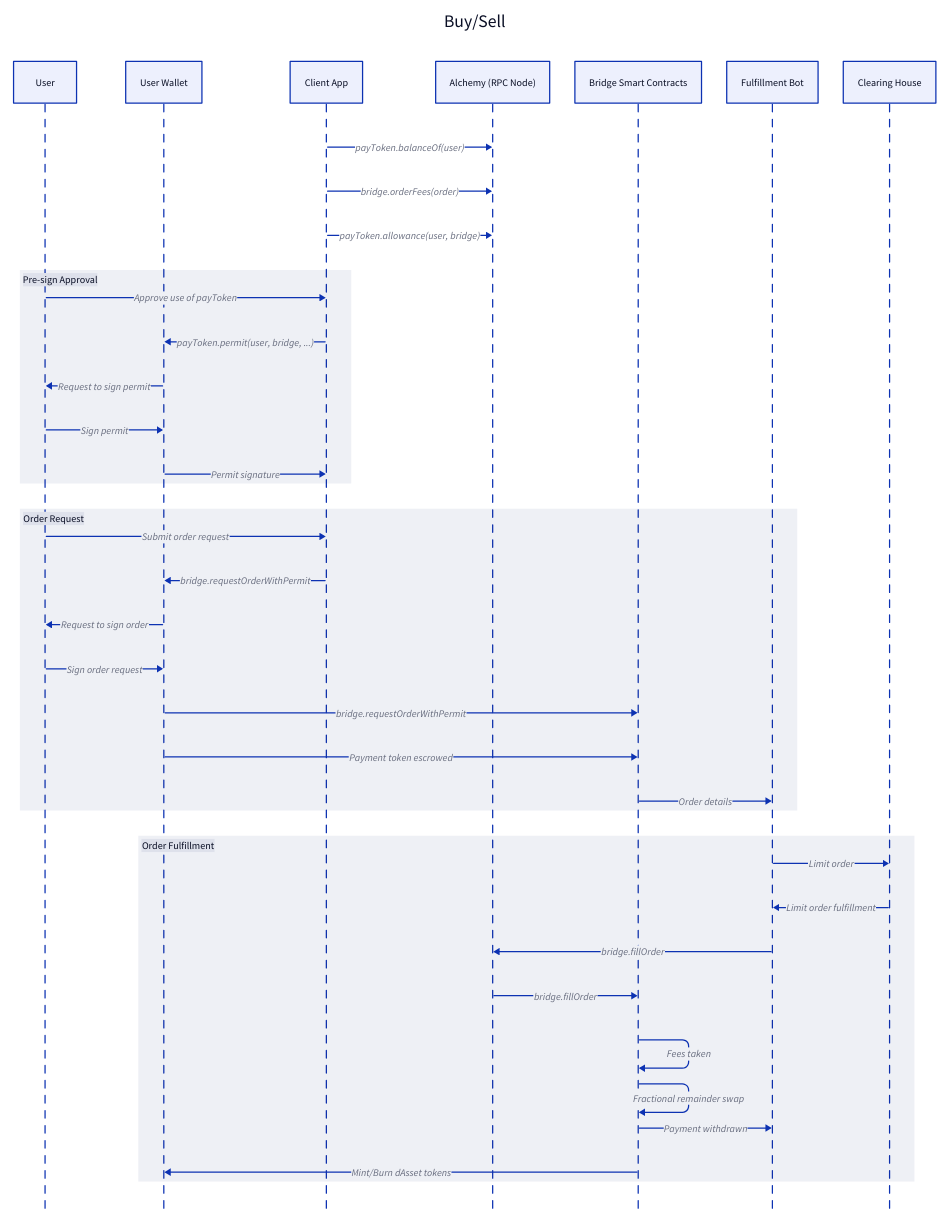
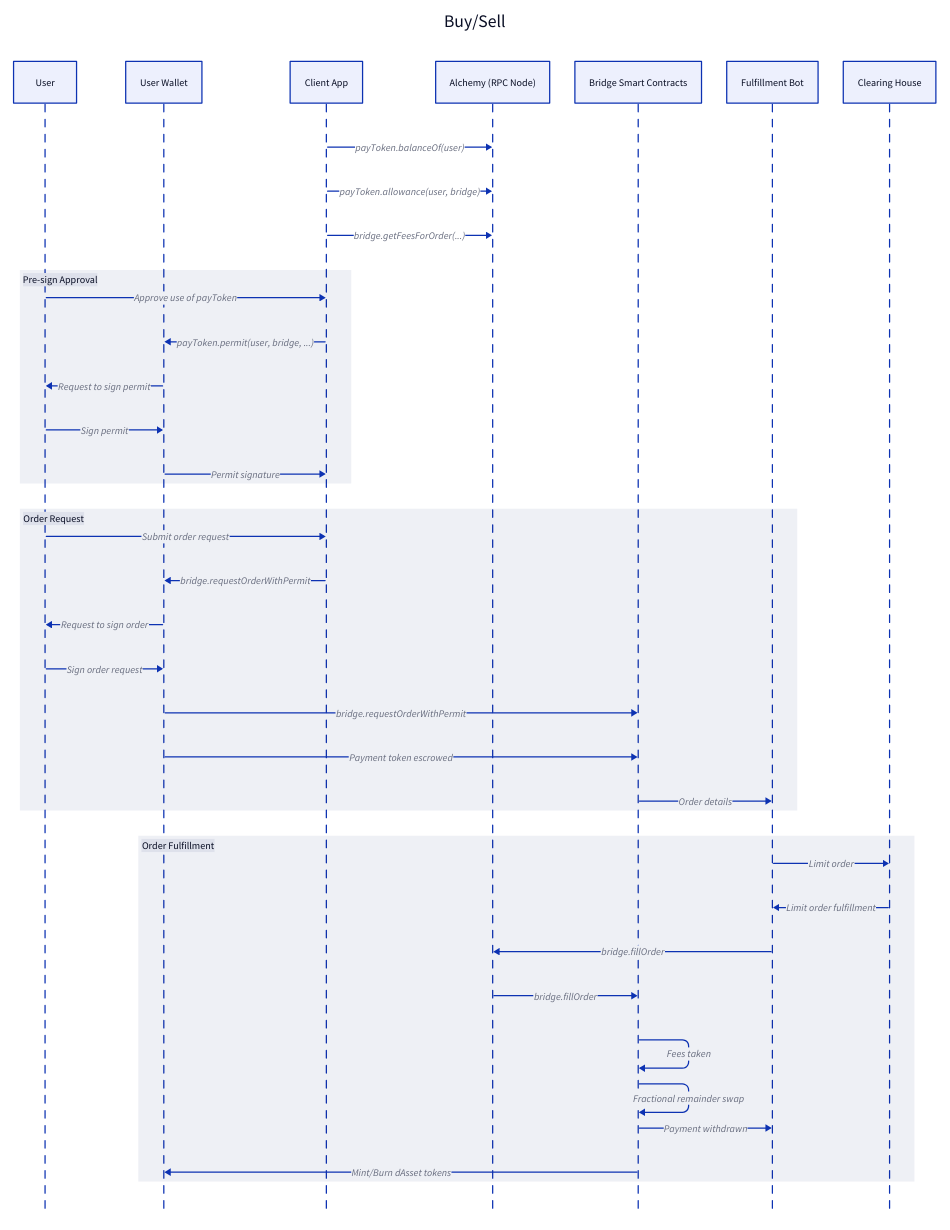
The diagram in docs/brokerage-order.d2 (dinaricrypto/sbt-contracts), drawn with D2 before and after one commit. The commit also changed 3 other files, not shown here.

Commit message:
improved getFees

```diff
--- a/docs/brokerage-order.d2
+++ b/docs/brokerage-order.d2
@@ -1,41 +1,41 @@
 Buy/Sell: {
   shape: sequence_diagram
 
   user: User
   wallet: User Wallet
   app: Client App
   rpc: Alchemy (RPC Node)
   contracts: Bridge Smart Contracts
   bot: Fulfillment Bot
   clearing: Clearing House
 
   app -> rpc: payToken.balanceOf(user)
-  app -> rpc: bridge.orderFees(order)
   app -> rpc: payToken.allowance(user, bridge)
+  app -> rpc: bridge.getFeesForOrder(...)
   Pre-sign Approval: {
     user -> app: Approve use of payToken
     app -> wallet: payToken.permit(user, bridge, ...)
     wallet -> user: Request to sign permit
     user -> wallet: Sign permit
     wallet -> app: Permit signature
   }
   Order Request: {
     user -> app: Submit order request
     app -> wallet: bridge.requestOrderWithPermit
     wallet -> user: Request to sign order
     user -> wallet: Sign order request
     wallet -> contracts: bridge.requestOrderWithPermit
     wallet -> contracts: Payment token escrowed
     contracts -> bot: Order details
   }
   Order Fulfillment: {
     bot -> clearing: Limit order
     clearing -> bot: Limit order fulfillment
     bot -> rpc: bridge.fillOrder
     rpc -> contracts: bridge.fillOrder
     contracts -> contracts: Fees taken
     contracts -> contracts: Fractional remainder swap
     contracts -> bot: Payment withdrawn
     contracts -> wallet: Mint/Burn dAsset tokens
   }
 }
```
